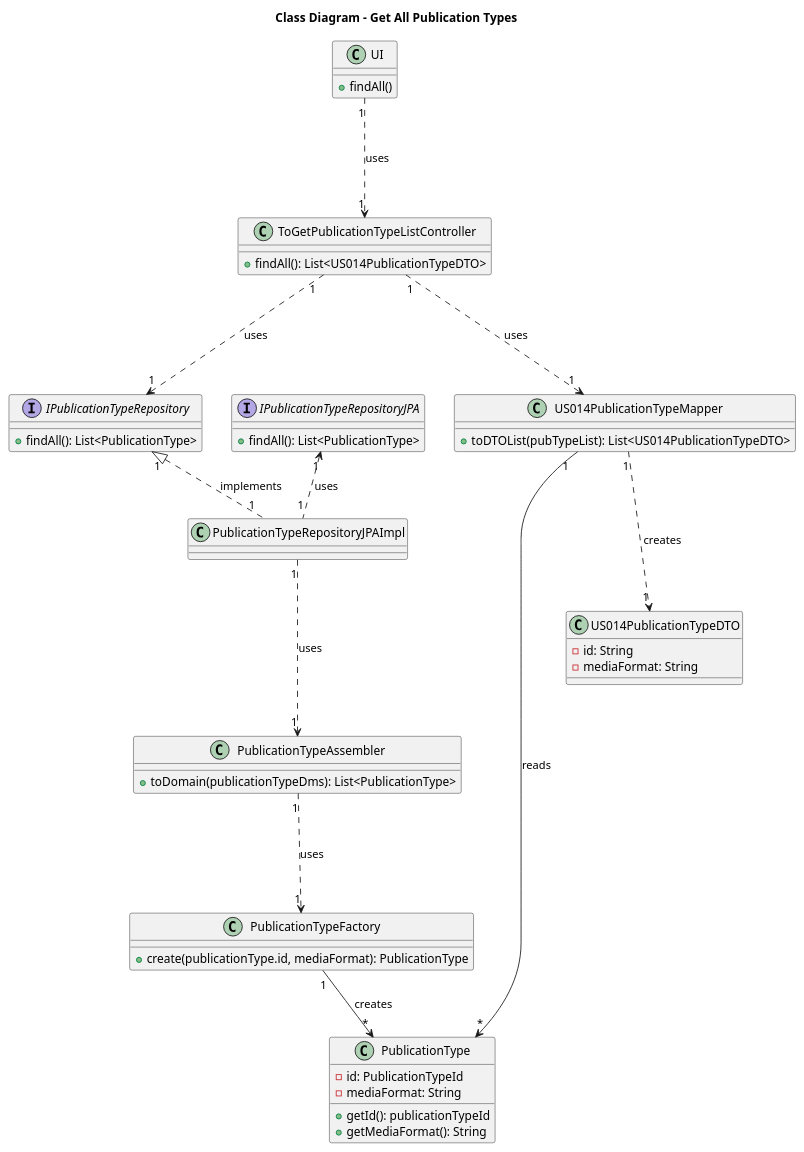
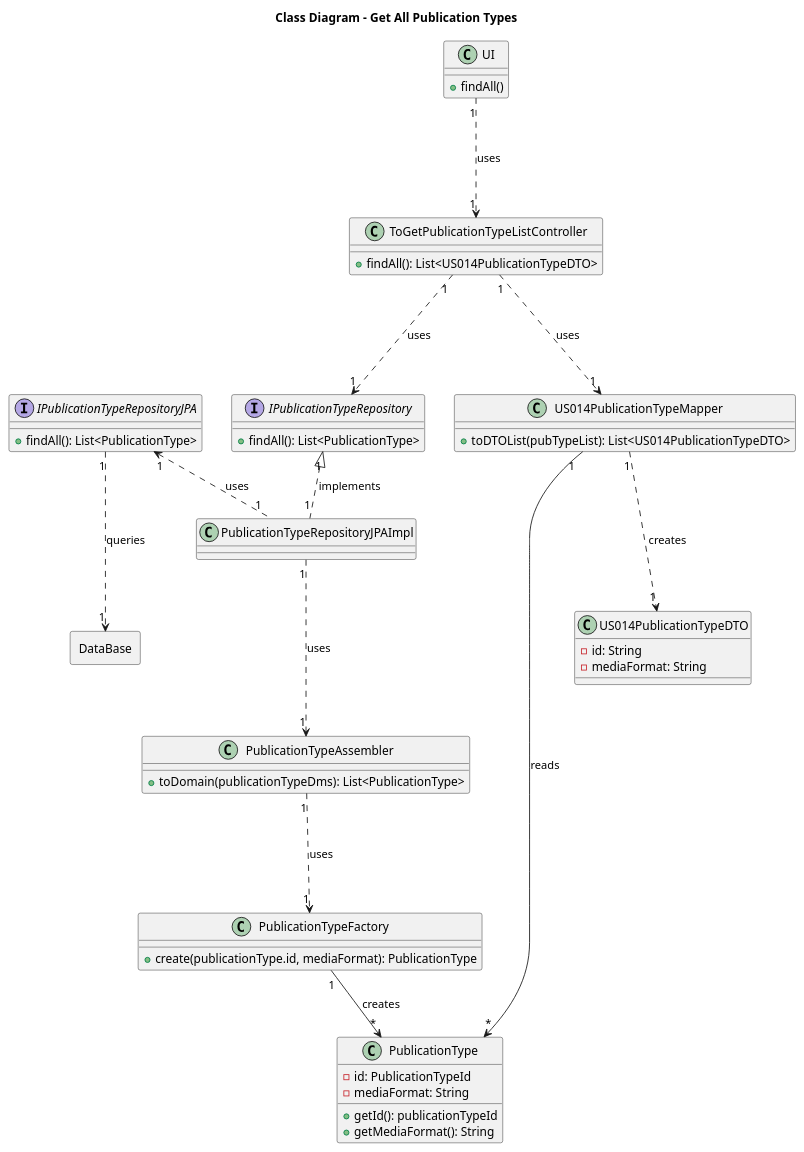
Before and after one commit to AndrePereiraGitH/SWitCH-Project-Team_A: the diagram in Diagrams/ClassDiagrams/To-get-publitaction-type-list.puml, drawn with PlantUML. The commit also changed 1 other file, not shown here.

Commit message:
Fix #652 and #726 - added (Aggregate)RepositoryJPAImpl to class diagram

```diff
--- a/Diagrams/ClassDiagrams/To-get-publitaction-type-list.puml
+++ b/Diagrams/ClassDiagrams/To-get-publitaction-type-list.puml
@@ -1,70 +1,74 @@
 @startuml
 title Class Diagram - Get All Publication Types
 
 ' ====== UI & Controller ======
 class UI {
   +findAll()
 }
 
 class ToGetPublicationTypeListController {
   +findAll(): List<US014PublicationTypeDTO>
 }
 
 UI "1" -.-> "1" ToGetPublicationTypeListController : uses
 
 ' ====== Repository Layer ======
 interface IPublicationTypeRepository {
   +findAll(): List<PublicationType>
 }
 
 class PublicationTypeRepositoryJPAImpl {
 }
 
 interface IPublicationTypeRepositoryJPA {
   +findAll(): List<PublicationType>
 }
 
+rectangle DataBase {
+}
+
 ' IPublicationTypeRepository "1" ..> "1" IPublicationTypeRepositoryJPA : uses
 IPublicationTypeRepository "1" <|.. "1" PublicationTypeRepositoryJPAImpl : implements
 IPublicationTypeRepositoryJPA "1" <.. "1" PublicationTypeRepositoryJPAImpl : uses
+IPublicationTypeRepositoryJPA "1" ...> "1" DataBase : queries
 
 ToGetPublicationTypeListController "1" -.-> "1" IPublicationTypeRepository : uses
 
 
 ' ====== Domain ======
 class PublicationType {
   -id: PublicationTypeId
   -mediaFormat: String
   +getId(): publicationTypeId
   +getMediaFormat(): String
 }
 
 ' ====== Assembler & Factory ======
 class PublicationTypeAssembler {
   +toDomain(publicationTypeDms): List<PublicationType>
 }
 
 class PublicationTypeFactory {
   +create(publicationType.id, mediaFormat): PublicationType
 }
 
 PublicationTypeAssembler "1" -.-> "1" PublicationTypeFactory : uses
 PublicationTypeFactory "1" --> "*" PublicationType : creates
 
 PublicationTypeRepositoryJPAImpl "1" -.-> "1" PublicationTypeAssembler : uses
 
 ' ====== DTO & Mapper ======
 class US014PublicationTypeDTO {
   -id: String
   -mediaFormat: String
 }
 
 class US014PublicationTypeMapper {
   +toDTOList(pubTypeList): List<US014PublicationTypeDTO>
 }
 
 ToGetPublicationTypeListController "1" -.-> "1" US014PublicationTypeMapper : uses
 US014PublicationTypeMapper "1" --> "*" PublicationType : reads
 US014PublicationTypeMapper "1" -.-> "1" US014PublicationTypeDTO : creates
 
 @enduml
```
